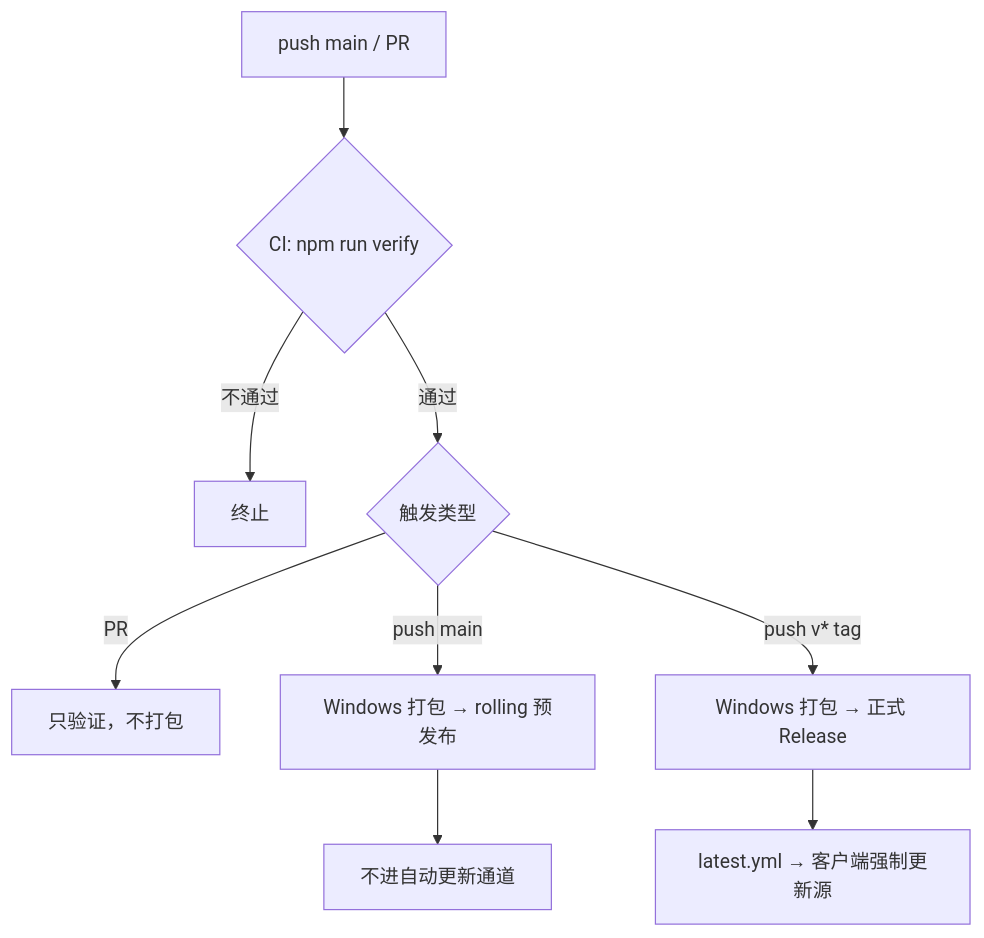
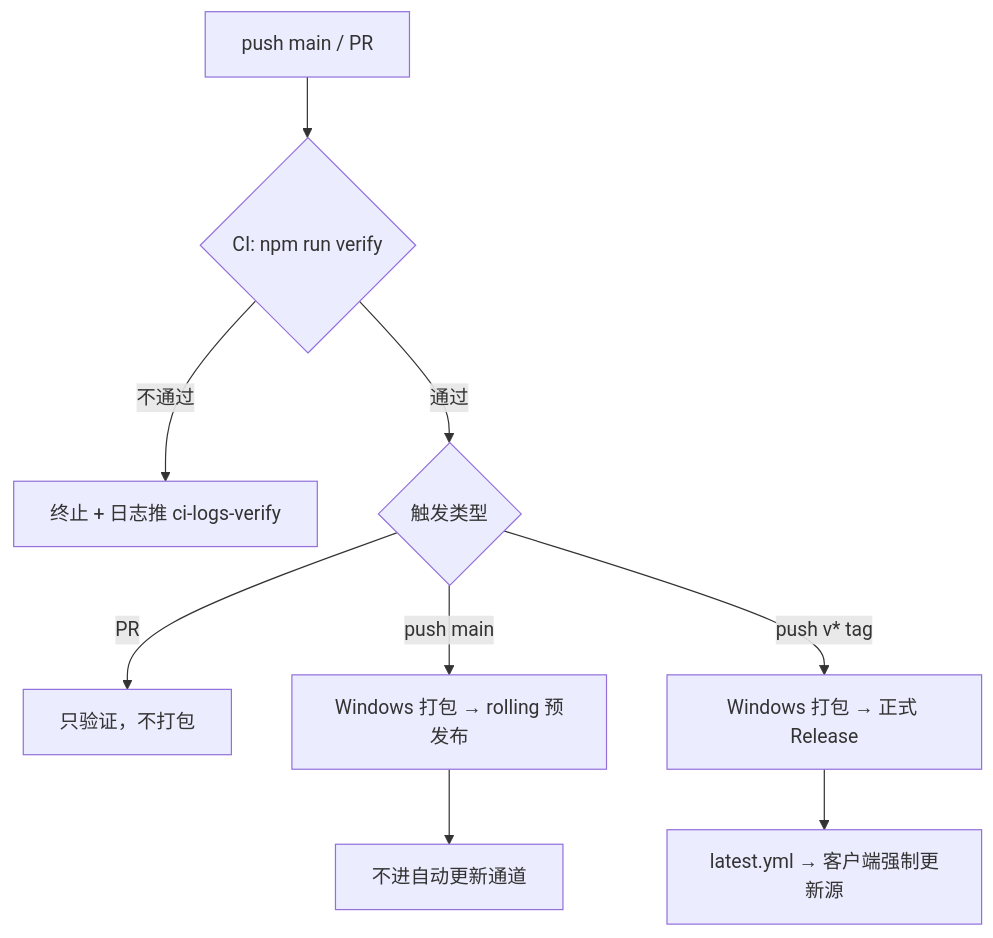
The fourth of 4 diagrams in README.md (mr-awei/gallery), drawn with Mermaid before and after one commit. The commit also changed other lines of this file and 161 other files, not shown here.

````diff
--- a/README.md
+++ b/README.md
@@ -442,11 +478,11 @@
 ```mermaid
 flowchart TB
     A[push main / PR] --> B{CI: npm run verify}
-    B -->|不通过| C[终止]
+    B -->|不通过| C[终止 + 日志推 ci-logs-verify]
     B -->|通过| D{触发类型}
     D -->|PR| E[只验证，不打包]
     D -->|push main| F[Windows 打包 → rolling 预发布]
     D -->|push v* tag| G[Windows 打包 → 正式 Release]
     F --> H[不进自动更新通道]
     G --> I[latest.yml → 客户端强制更新源]
 ```
````
